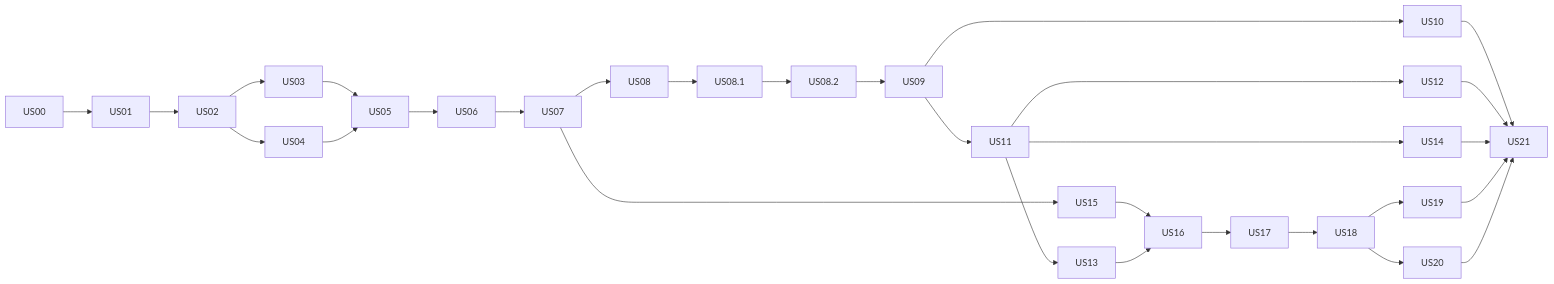
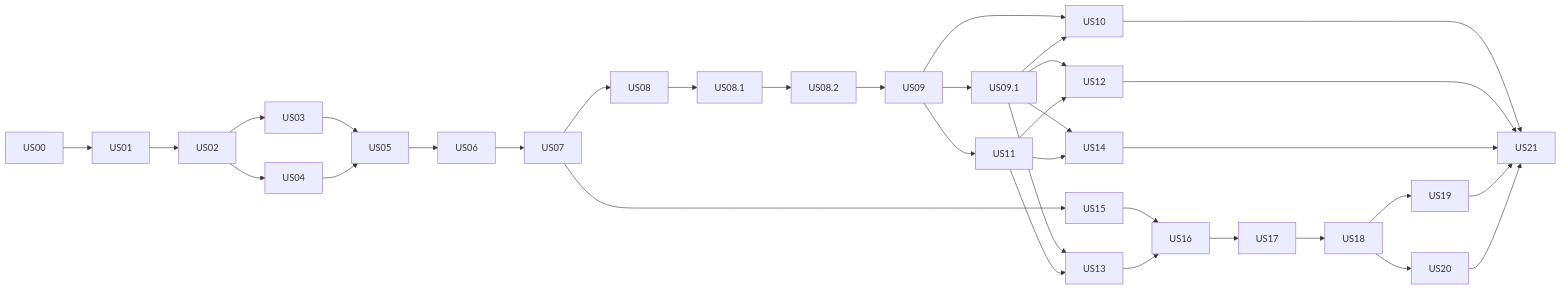
The second of 2 diagrams in docs/user-stories/README.md (tueanhtruong/xray-tool), drawn with Mermaid before and after one commit. The commit also changed other lines of this file and 2 other files, not shown here.

````diff
--- a/docs/user-stories/README.md
+++ b/docs/user-stories/README.md
@@ -59,10 +60,11 @@
 ```mermaid
 graph LR
   US00 --> US01 --> US02 --> US03 --> US05
   US02 --> US04 --> US05 --> US06 --> US07 --> US08 --> US081[US08.1] --> US082[US08.2] --> US09
-  US09 --> US10 & US11
+  US09 --> US10 & US11 & US091[US09.1]
+  US091 --> US10 & US12 & US13 & US14
   US11 --> US12 & US13 & US14
   US07 --> US15 --> US16
   US13 --> US16 --> US17 --> US18 --> US19 & US20
   US10 & US12 & US14 & US19 & US20 --> US21
 ```
````
